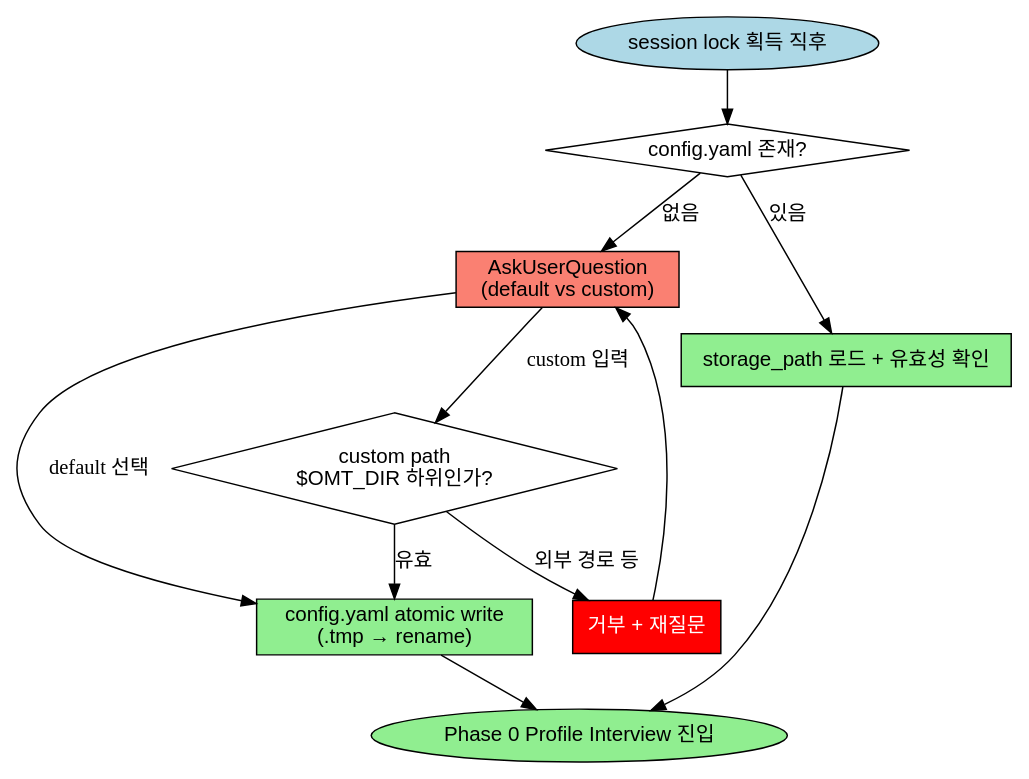
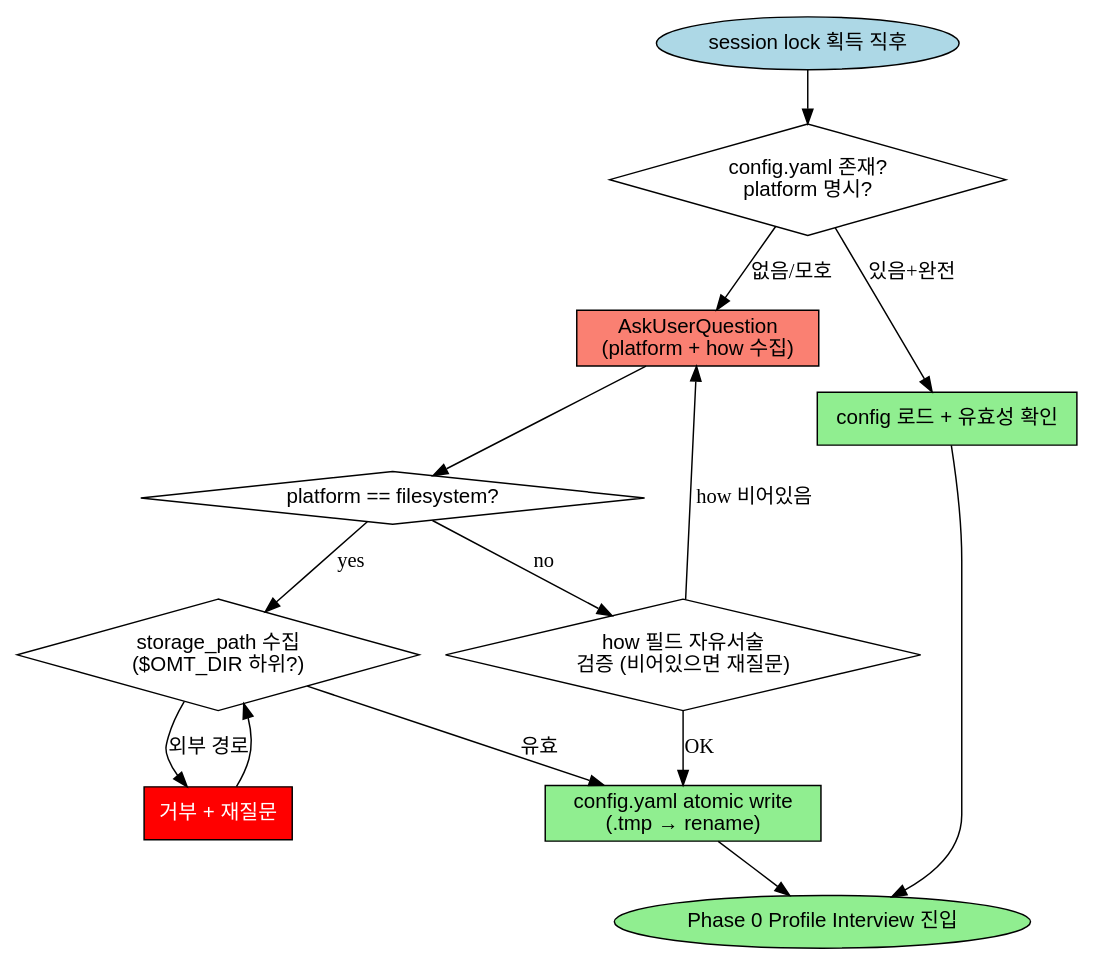
One commit to toongri/oh-my-toong-playground changed the third of 6 diagrams in skills/collect-jd/reference/rules.md. Above: the diagram before and after it, drawn with Graphviz. The commit also changed other lines of this file and 1 other file, not shown here.

````diff
--- a/skills/collect-jd/reference/rules.md
+++ b/skills/collect-jd/reference/rules.md
@@ -172,26 +206,31 @@
 ```dot
-digraph storage_path_interview {
+digraph storage_backend_interview {
   rankdir=TB;
   node [shape=box, fontname="Helvetica"];
 
   start [label="session lock 획득 직후", shape=ellipse, style=filled, fillcolor=lightblue];
-  check [label="config.yaml 존재?", shape=diamond];
-  ask [label="AskUserQuestion\n(default vs custom)", shape=box, style=filled, fillcolor=salmon];
-  validate_custom [label="custom path\n$OMT_DIR 하위인가?", shape=diamond];
-  reject [label="거부 + 재질문", style=filled, fillcolor=red, fontcolor=white];
+  check [label="config.yaml 존재?\nplatform 명시?", shape=diamond];
+  ask [label="AskUserQuestion\n(platform + how 수집)", style=filled, fillcolor=salmon];
+  is_filesystem [label="platform == filesystem?", shape=diamond];
+  ask_path [label="storage_path 수집\n($OMT_DIR 하위?)", shape=diamond];
+  reject_path [label="거부 + 재질문", style=filled, fillcolor=red, fontcolor=white];
+  validate_how [label="how 필드 자유서술\n검증 (비어있으면 재질문)", shape=diamond];
   write_config [label="config.yaml atomic write\n(.tmp → rename)", style=filled, fillcolor=lightgreen];
-  load_path [label="storage_path 로드 + 유효성 확인", style=filled, fillcolor=lightgreen];
+  load_config [label="config 로드 + 유효성 확인", style=filled, fillcolor=lightgreen];
   proceed [label="Phase 0 Profile Interview 진입", shape=ellipse, style=filled, fillcolor=lightgreen];
 
   start -> check;
-  check -> ask [label="없음"];
-  check -> load_path [label="있음"];
-  ask -> write_config [label="default 선택"];
-  ask -> validate_custom [label="custom 입력"];
-  validate_custom -> write_config [label="유효"];
-  validate_custom -> reject [label="외부 경로 등"];
-  reject -> ask;
+  check -> ask [label="없음/모호"];
+  check -> load_config [label="있음+완전"];
+  ask -> is_filesystem;
+  is_filesystem -> ask_path [label="yes"];
+  is_filesystem -> validate_how [label="no"];
+  ask_path -> write_config [label="유효"];
+  ask_path -> reject_path [label="외부 경로"];
+  reject_path -> ask_path;
+  validate_how -> write_config [label="OK"];
+  validate_how -> ask [label="how 비어있음"];
   write_config -> proceed;
-  load_path -> proceed;
+  load_config -> proceed;
 }
 ```
````
